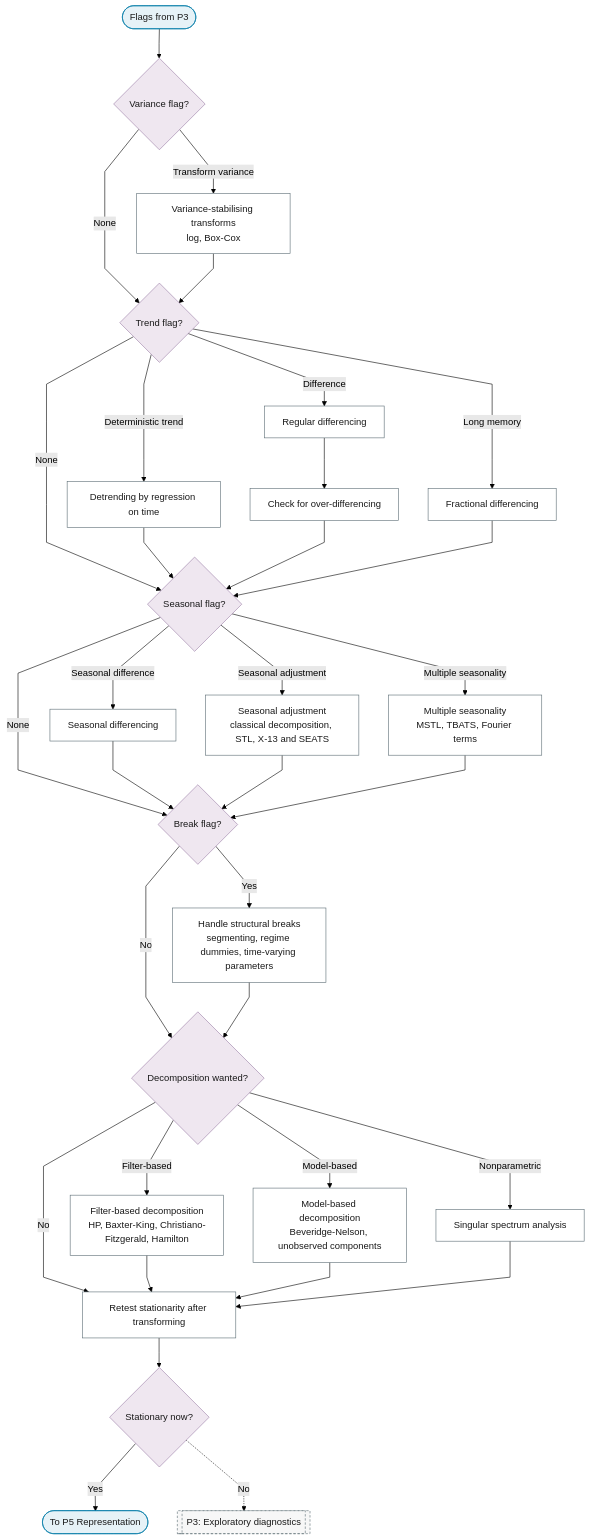
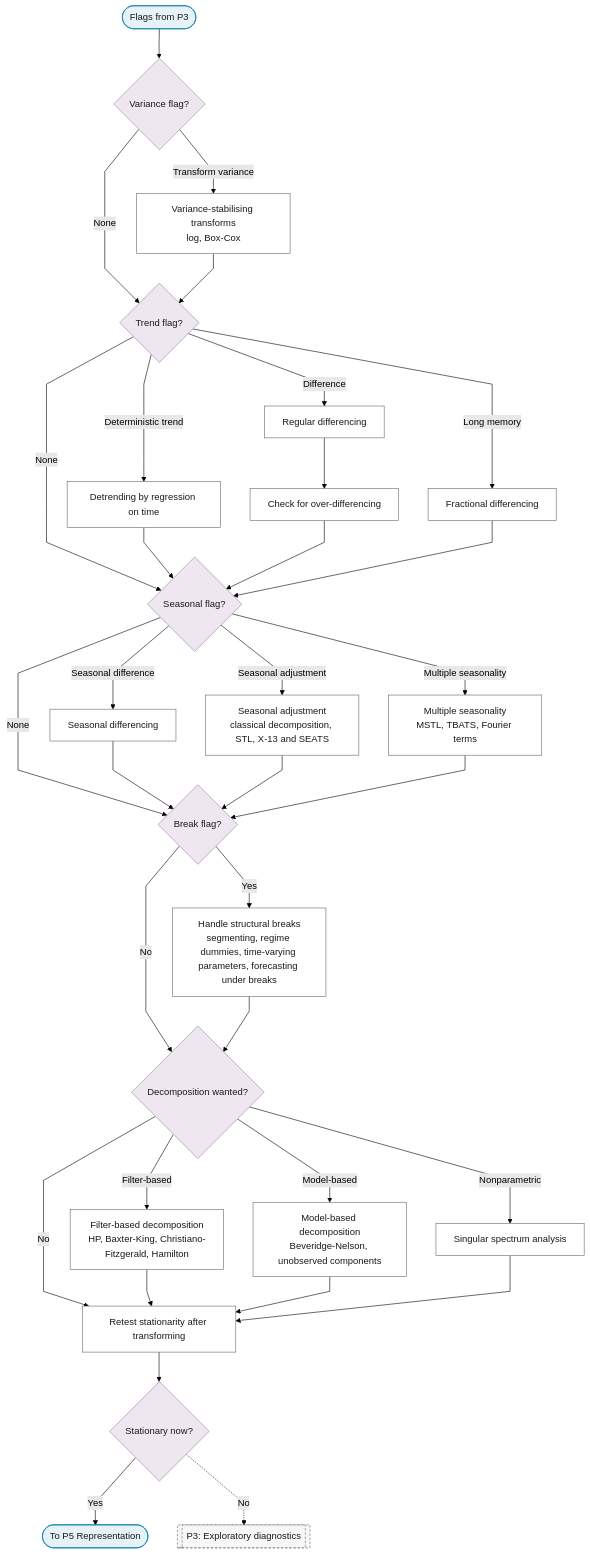
The diagram in docs/01-workflow/p04-transformations.md (Shuxin-Y/time-series-analysis-manual), drawn with Mermaid (forest theme) before and after one commit. The commit also changed 19 other files, not shown here.

````diff
--- a/docs/01-workflow/p04-transformations.md
+++ b/docs/01-workflow/p04-transformations.md
@@ -9,42 +9,42 @@
 ```mermaid
 %%{init: {"flowchart": {"curve": "linear"}}}%%
 graph TD
     P4_IN(["Flags from P3"]) --> P4_VARIANCE{"Variance flag?"}
     P4_VARIANCE -->|"Transform variance"| P4_LOG_BOXCOX["Variance-stabilising transforms<br/>log, Box-Cox"]
     P4_VARIANCE -->|"None"| P4_TREND
     P4_LOG_BOXCOX --> P4_TREND{"Trend flag?"}
     P4_TREND -->|"Deterministic trend"| P4_DETREND["Detrending by regression on time"]
     P4_TREND -->|"Difference"| P4_DIFFERENCE["Regular differencing"]
     P4_TREND -->|"Long memory"| P4_FRACTIONAL_DIFFERENCE["Fractional differencing"]
     P4_TREND -->|"None"| P4_SEASON
     P4_DIFFERENCE --> P4_OVERDIFFERENCING["Check for over-differencing"]
     P4_DETREND & P4_OVERDIFFERENCING & P4_FRACTIONAL_DIFFERENCE --> P4_SEASON{"Seasonal flag?"}
     P4_SEASON -->|"Seasonal difference"| P4_SEASONAL_DIFFERENCE["Seasonal differencing"]
     P4_SEASON -->|"Seasonal adjustment"| P4_SEASONAL_ADJUSTMENT["Seasonal adjustment<br/>classical decomposition, STL, X-13 and SEATS"]
     P4_SEASON -->|"Multiple seasonality"| P4_MULTIPLE_SEASONALITY["Multiple seasonality<br/>MSTL, TBATS, Fourier terms"]
     P4_SEASON -->|"None"| P4_BREAKS
     P4_SEASONAL_DIFFERENCE & P4_SEASONAL_ADJUSTMENT & P4_MULTIPLE_SEASONALITY --> P4_BREAKS{"Break flag?"}
-    P4_BREAKS -->|"Yes"| P4_BREAK_HANDLING["Handle structural breaks<br/>segmenting, regime dummies, time-varying parameters"]
+    P4_BREAKS -->|"Yes"| P4_BREAK_HANDLING["Handle structural breaks<br/>segmenting, regime dummies, time-varying parameters, forecasting under breaks"]
     P4_BREAKS -->|"No"| P4_DECOMP
     P4_BREAK_HANDLING --> P4_DECOMP{"Decomposition wanted?"}
     P4_DECOMP -->|"Filter-based"| P4_FILTER_DECOMPOSITION["Filter-based decomposition<br/>HP, Baxter-King, Christiano-Fitzgerald, Hamilton"]
     P4_DECOMP -->|"Model-based"| P4_MODEL_DECOMPOSITION["Model-based decomposition<br/>Beveridge-Nelson, unobserved components"]
     P4_DECOMP -->|"Nonparametric"| P4_SSA["Singular spectrum analysis"]
     P4_DECOMP -->|"No"| P4_RETEST
     P4_FILTER_DECOMPOSITION & P4_MODEL_DECOMPOSITION & P4_SSA --> P4_RETEST["Retest stationarity after transforming"]
     P4_RETEST --> P4_STATIONARY{"Stationary now?"}
     P4_STATIONARY -->|"Yes"| P4_OUT(["To P5 Representation"])
     P4_STATIONARY -.->|"No"| P3[["P3: Exploratory diagnostics"]]
     class P4_IN,P4_OUT terminator
     class P4_VARIANCE,P4_TREND,P4_SEASON,P4_BREAKS,P4_DECOMP,P4_STATIONARY decision
     class P4_LOG_BOXCOX,P4_DETREND,P4_DIFFERENCE,P4_FRACTIONAL_DIFFERENCE,P4_OVERDIFFERENCING,P4_SEASONAL_DIFFERENCE,P4_SEASONAL_ADJUSTMENT,P4_MULTIPLE_SEASONALITY,P4_BREAK_HANDLING,P4_FILTER_DECOMPOSITION,P4_MODEL_DECOMPOSITION,P4_SSA,P4_RETEST process
     class P3 ref
     classDef terminator fill:#E6F2F7,stroke:#007BA7,color:#1A1A1A;
     classDef process fill:#FFFFFF,stroke:#5A6B73,color:#1A1A1A;
     classDef decision fill:#EFE7F0,stroke:#9B7FA7,color:#1A1A1A;
     classDef data fill:#FFF4E0,stroke:#C9A55E,color:#1A1A1A;
     classDef good fill:#DCEFD8,stroke:#4A7A3F,color:#1A1A1A;
     classDef escalate fill:#FFE9C2,stroke:#C9A55E,color:#1A1A1A;
     classDef problem fill:#F2D9DE,stroke:#800020,color:#1A1A1A;
     classDef ref fill:#F7F7F7,stroke:#5A6B73,color:#1A1A1A,stroke-dasharray:4 3;
 ```
````
